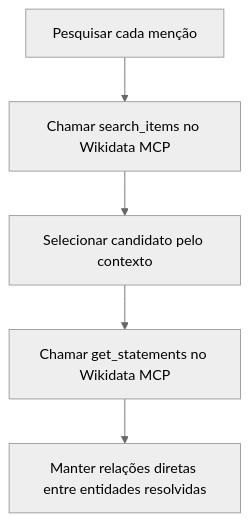
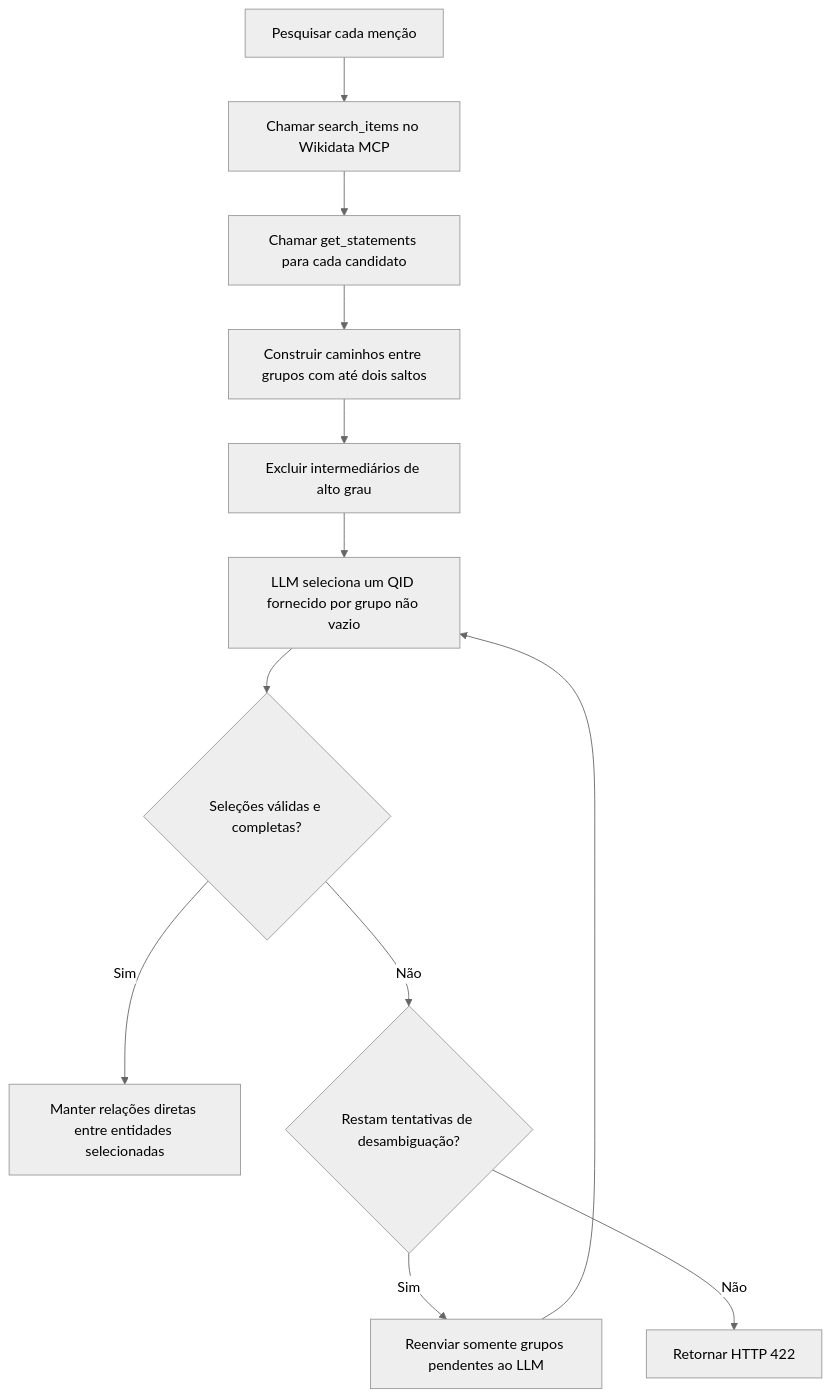
One commit to giovannabbottino/hybrid-pipelines changed the fourth of 6 diagrams in docs/fluxograma-processo-criacao.md. Above: the diagram before and after it, drawn with Mermaid (neutral theme). The commit also changed other lines of this file and 25 other files, not shown here.

````diff
--- a/docs/fluxograma-processo-criacao.md
+++ b/docs/fluxograma-processo-criacao.md
@@ -49,7 +49,14 @@
 ```mermaid
 flowchart TD
     A[Pesquisar cada menção] --> B[Chamar search_items no Wikidata MCP]
-    B --> C[Selecionar candidato pelo contexto]
-    C --> D[Chamar get_statements no Wikidata MCP]
-    D --> E[Manter relações diretas entre entidades resolvidas]
+    B --> C[Chamar get_statements para cada candidato]
+    C --> D[Construir caminhos entre grupos com até dois saltos]
+    D --> E[Excluir intermediários de alto grau]
+    E --> F[LLM seleciona um QID fornecido por grupo não vazio]
+    F --> G{Seleções válidas e completas?}
+    G -- Sim --> H[Manter relações diretas entre entidades selecionadas]
+    G -- Não --> I{Restam tentativas de desambiguação?}
+    I -- Sim --> J[Reenviar somente grupos pendentes ao LLM]
+    J --> F
+    I -- Não --> K[Retornar HTTP 422]
 ```
````
